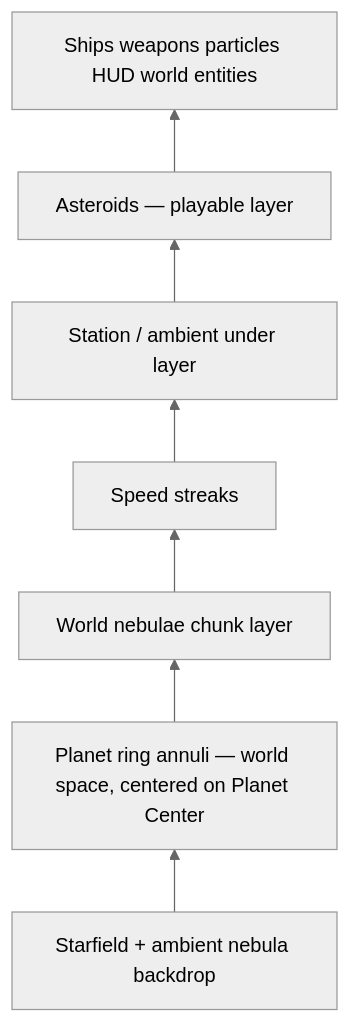
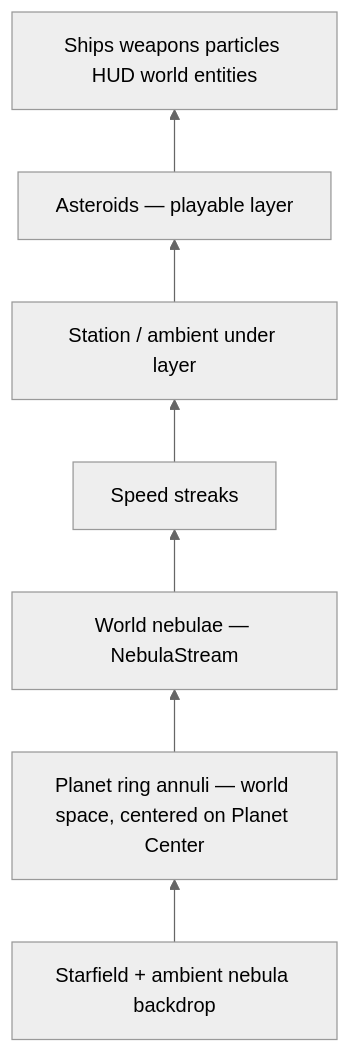
One commit to BeholdInfinity/Hyperdrift changed the sixth of 7 diagrams in docs/WORLD_GEOGRAPHY_PLAN.md. Above: the diagram before and after it, drawn with Mermaid (neutral theme). The commit also changed other lines of this file and 16 other files, not shown here.

````diff
--- a/docs/WORLD_GEOGRAPHY_PLAN.md
+++ b/docs/WORLD_GEOGRAPHY_PLAN.md
@@ -699,11 +700,11 @@
 ```mermaid
 flowchart BT
   SF[Starfield + ambient nebula backdrop]
   RG[Planet ring annuli — world space, centered on Planet Center]
-  NB[World nebulae chunk layer]
+  NB[World nebulae — NebulaStream]
   SS[Speed streaks]
   ST[Station / ambient under layer]
   AST[Asteroids — playable layer]
   SH[Ships weapons particles HUD world entities]
   SF --> RG --> NB --> SS --> ST --> AST --> SH
 ```
````
